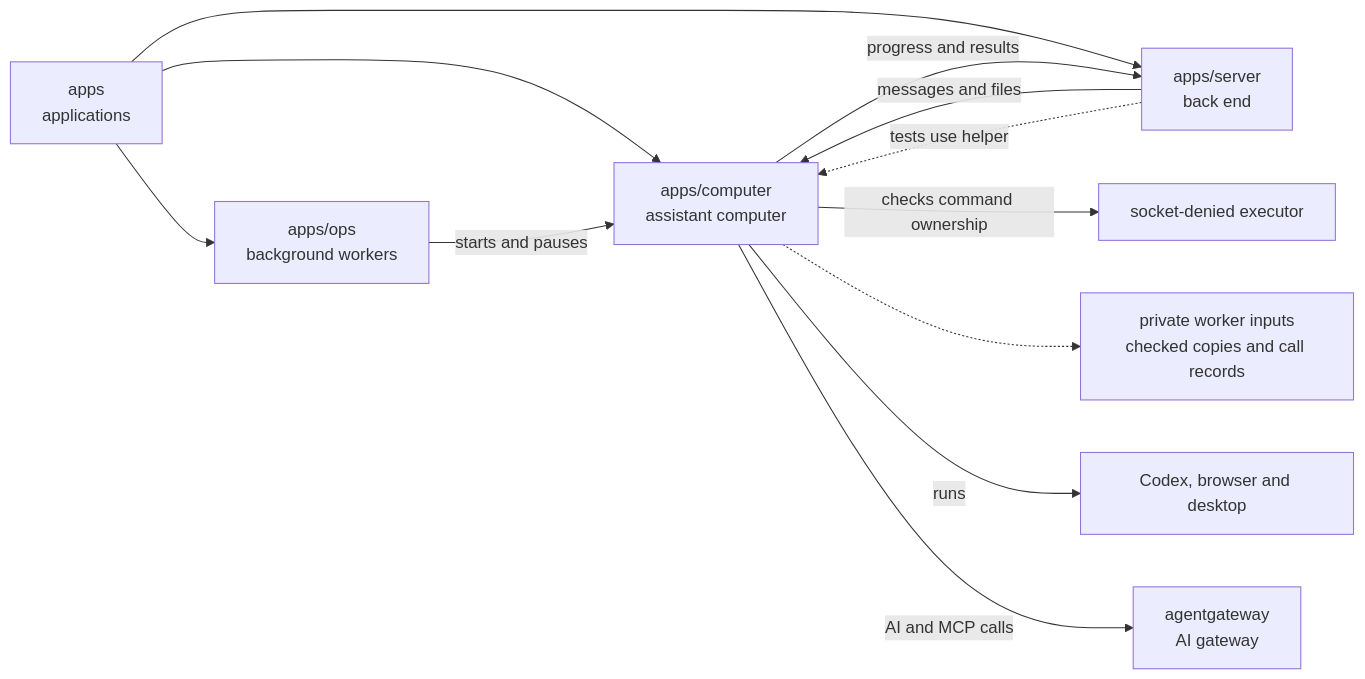
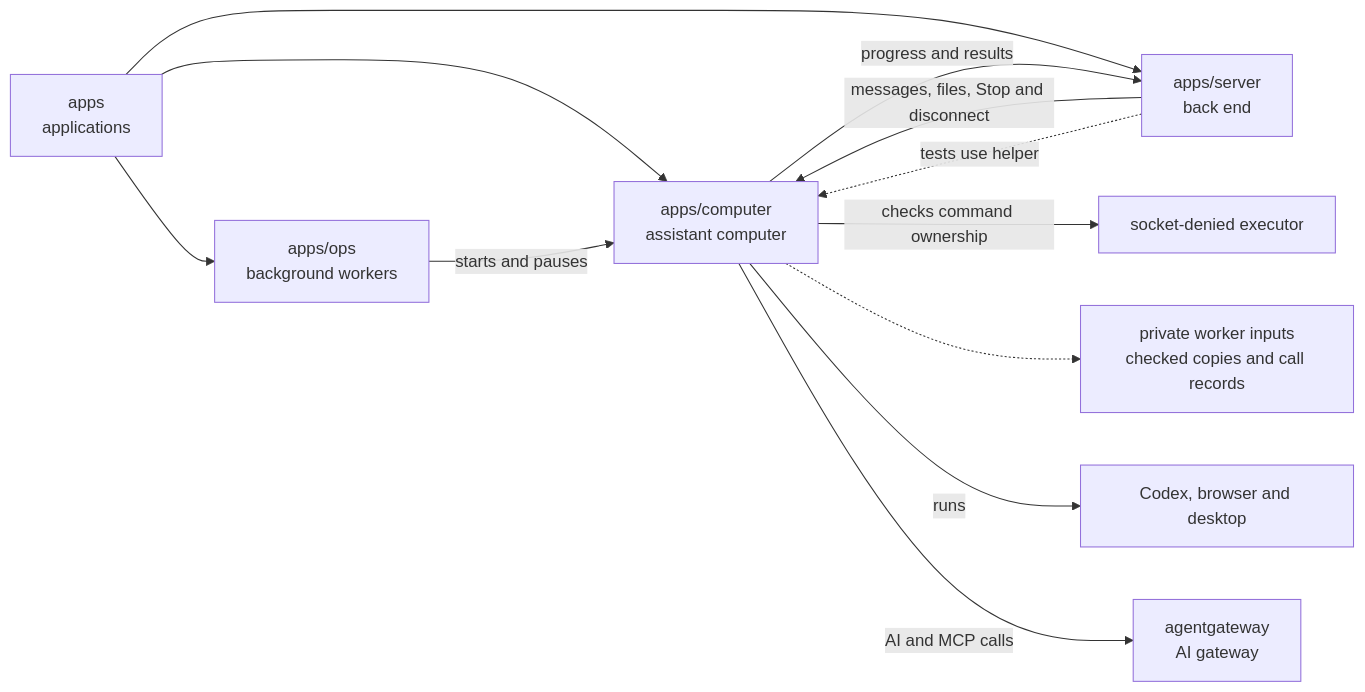
Before and after one commit to elewa-git/opencrane-new: the diagram in apps/computer/README.md, drawn with Mermaid. The commit also changed other lines of this file and 14 other files, not shown here.

````diff
--- a/apps/computer/README.md
+++ b/apps/computer/README.md
@@ -16,14 +16,14 @@
 ```mermaid
 flowchart LR
   apps["apps<br/>applications"] --> computer["apps/computer<br/>assistant computer"]
   apps --> ops["apps/ops<br/>background workers"]
   apps --> server["apps/server<br/>back end"]
   ops -->|starts and pauses| computer
-  server -->|messages and files| computer
+  server -->|messages, files, Stop and disconnect| computer
   server -.->|tests use helper| computer
   computer -->|progress and results| server
   computer -->|checks command ownership| executor["socket-denied executor"]
   computer -.-> registrations["private worker inputs<br/>checked copies and call records"]
   computer -->|runs| desktop["Codex, browser and desktop"]
   computer -->|AI and MCP calls| gateway["agentgateway<br/>AI gateway"]
 ```
````
